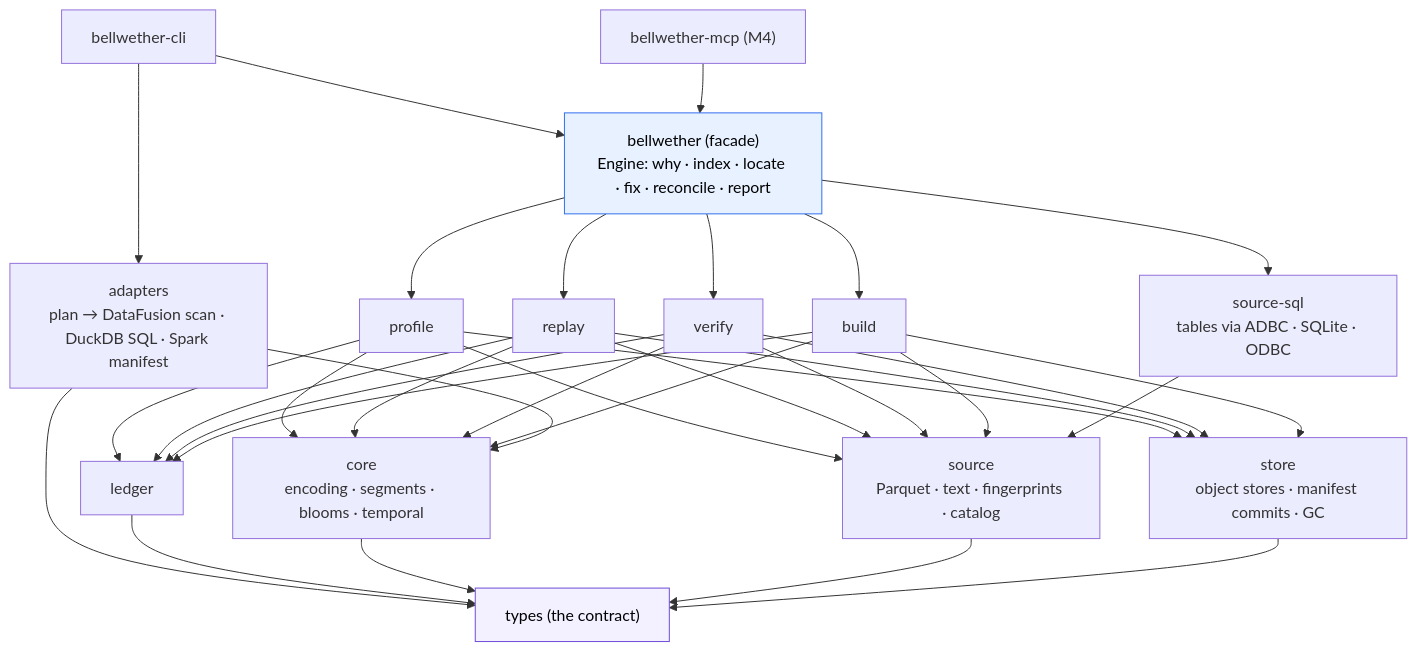
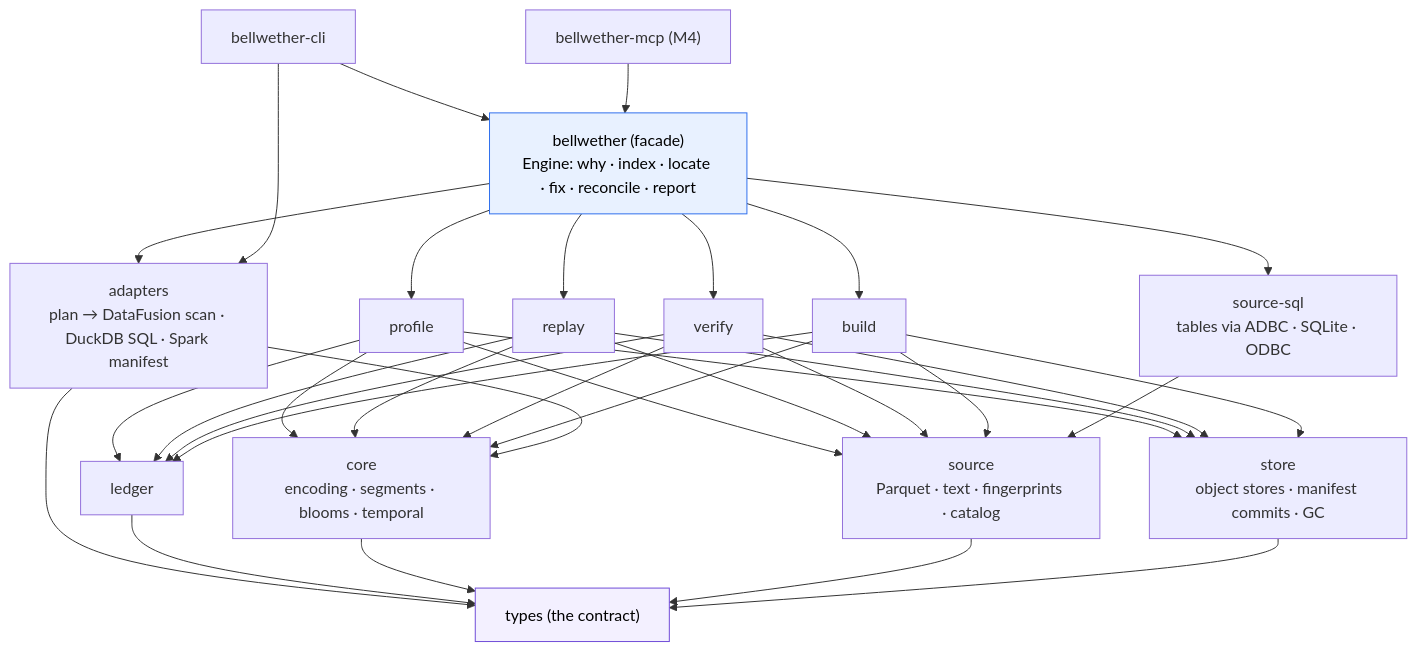
Before and after one commit to vncp/bellwether: the fourth of 4 diagrams in docs/architecture.md, drawn with Mermaid. The commit also changed other lines of this file and 23 other files, not shown here.

````diff
--- a/docs/architecture.md
+++ b/docs/architecture.md
@@ -116,17 +116,17 @@
 ```mermaid
 flowchart TB
     CLI["bellwether-cli"] --> FAC["bellwether (facade)<br/>Engine: why · index · locate · fix · reconcile · report"]
     MCP["bellwether-mcp (M4)"] --> FAC
     FAC --> PROF["profile"] & REP["replay"] & VER["verify"] & BLD["build"]
     PROF & REP & VER & BLD --> LED["ledger"]
     PROF & REP & VER & BLD --> CORE["core<br/>encoding · segments · blooms · temporal"]
     PROF & REP & VER & BLD --> SRC["source<br/>Parquet · text · fingerprints · catalog"]
     FAC --> SQL["source-sql<br/>tables via ADBC · SQLite · ODBC"]
     SQL --> SRC
-    CLI --> ADP["adapters<br/>plan → DataFusion scan · DuckDB SQL · Spark manifest"]
+    FAC & CLI --> ADP["adapters<br/>plan → DataFusion scan · DuckDB SQL · Spark manifest"]
     ADP --> CORE & TY
     PROF & REP & VER & BLD --> STO["store<br/>object stores · manifest commits · GC"]
     LED & CORE & SRC & STO --> TY["types (the contract)"]
     style TY fill:#f3f0ff,stroke:#6f4bd8,color:#000
     style FAC fill:#e8f1ff,stroke:#2f6fed,color:#000
 ```
````
